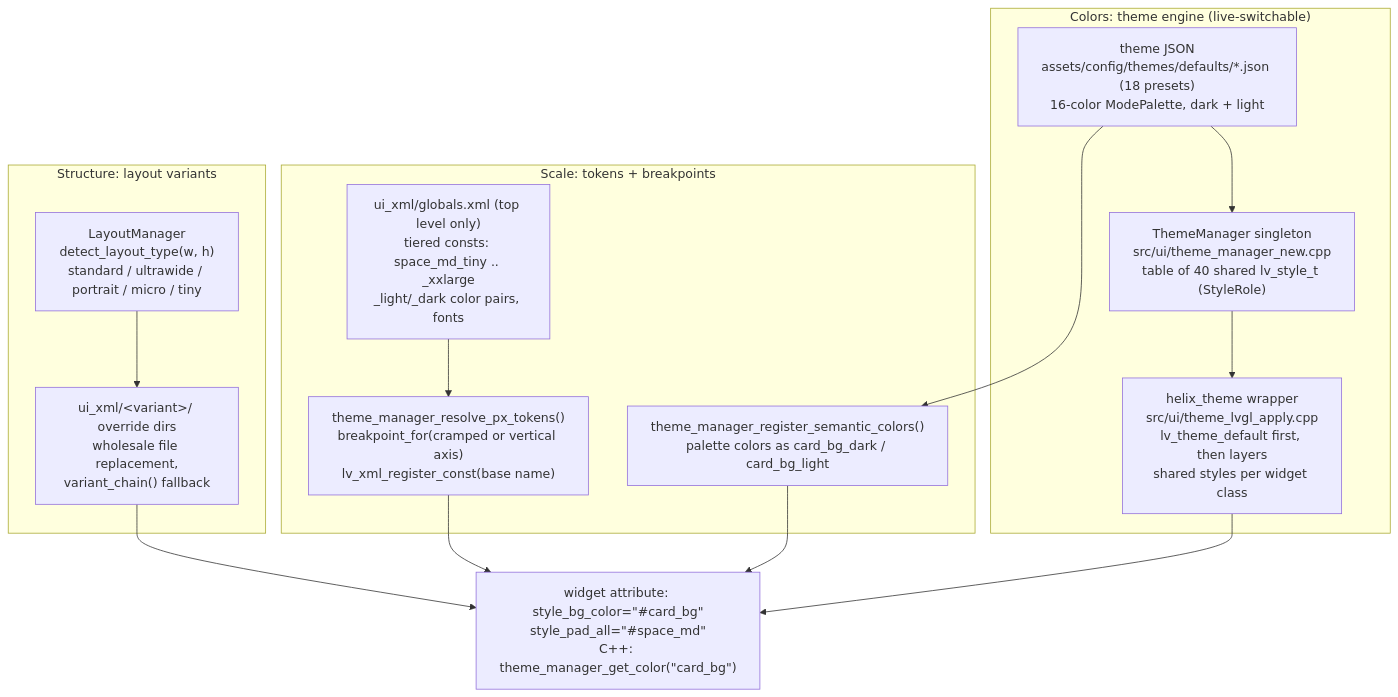
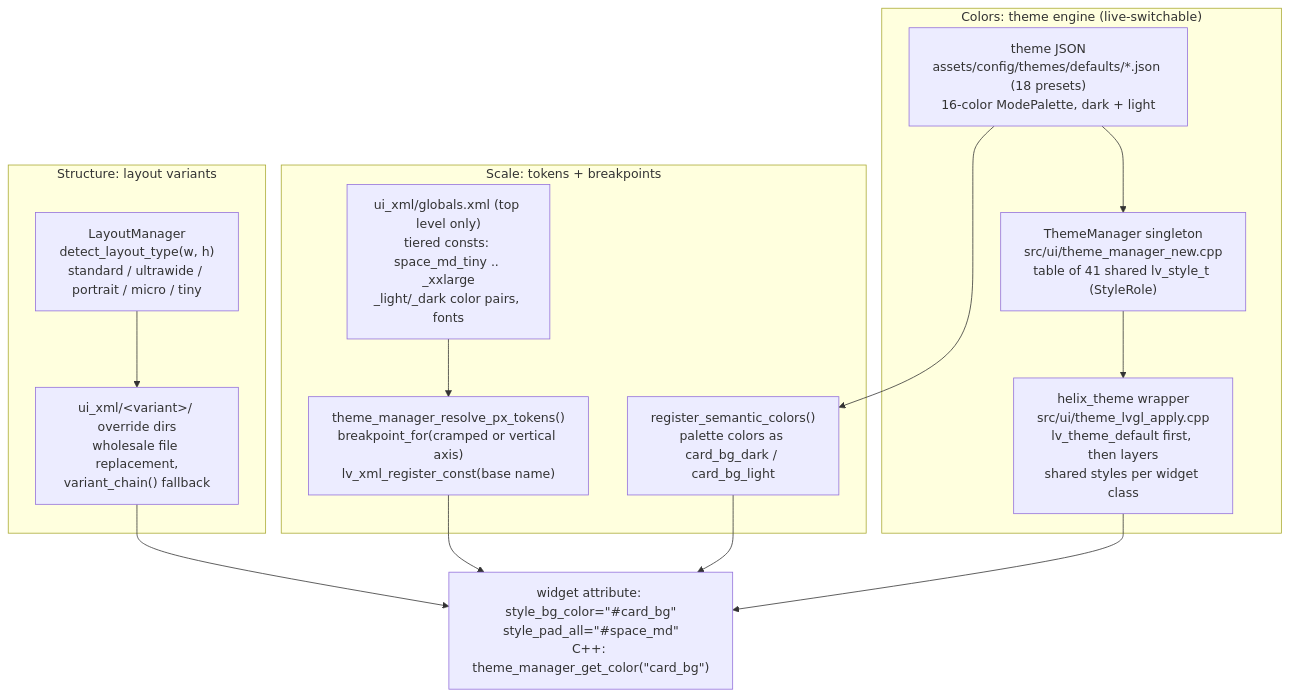
Before and after one commit to jrlomas/helixscreen: the diagram in docs/devel/architecture/10-theme-tokens-layout.md, drawn with Mermaid. The commit also changed other lines of this file and 90 other files, not shown here.

First line of the commit message:
docs(devel): refresh the architecture guide against the code, add an ESP32 firmware chapter, move printer-specific docs under printers/ and printer-research/, retire shipped plans

````diff
--- a/docs/devel/architecture/10-theme-tokens-layout.md
+++ b/docs/devel/architecture/10-theme-tokens-layout.md
@@ -19,26 +19,26 @@
 ```mermaid
 flowchart TB
     subgraph COLORS["Colors: theme engine (live-switchable)"]
         TJSON["theme JSON<br/>assets/config/themes/defaults/*.json (18 presets)<br/>16-color ModePalette, dark + light"]
-        TM["ThemeManager singleton<br/>src/ui/theme_manager_new.cpp<br/>table of 40 shared lv_style_t (StyleRole)"]
+        TM["ThemeManager singleton<br/>src/ui/theme_manager_new.cpp<br/>table of 41 shared lv_style_t (StyleRole)"]
         WRAP["helix_theme wrapper<br/>src/ui/theme_lvgl_apply.cpp<br/>lv_theme_default first, then layers<br/>shared styles per widget class"]
         TJSON --> TM --> WRAP
     end
     subgraph SCALE["Scale: tokens + breakpoints"]
         GXML["ui_xml/globals.xml (top level only)<br/>tiered consts: space_md_tiny .. _xxlarge<br/>_light/_dark color pairs, fonts"]
         RES["theme_manager_resolve_px_tokens()<br/>breakpoint_for(cramped or vertical axis)<br/>lv_xml_register_const(base name)"]
         GXML --> RES
-        SEM["theme_manager_register_semantic_colors()<br/>palette colors as card_bg_dark / card_bg_light"]
+        SEM["register_semantic_colors()<br/>palette colors as card_bg_dark / card_bg_light"]
         TJSON --> SEM
     end
     subgraph STRUCT["Structure: layout variants"]
         LM["LayoutManager<br/>detect_layout_type(w, h)<br/>standard / ultrawide / portrait / micro / tiny"]
         VD["ui_xml/&lt;variant&gt;/ override dirs<br/>wholesale file replacement,<br/>variant_chain() fallback"]
         LM --> VD
     end
     USE["widget attribute: style_bg_color=&quot;#card_bg&quot;<br/>style_pad_all=&quot;#space_md&quot;<br/>C++: theme_manager_get_color(&quot;card_bg&quot;)"]
     WRAP --> USE
     RES --> USE
     SEM --> USE
     VD --> USE
 ```
````
